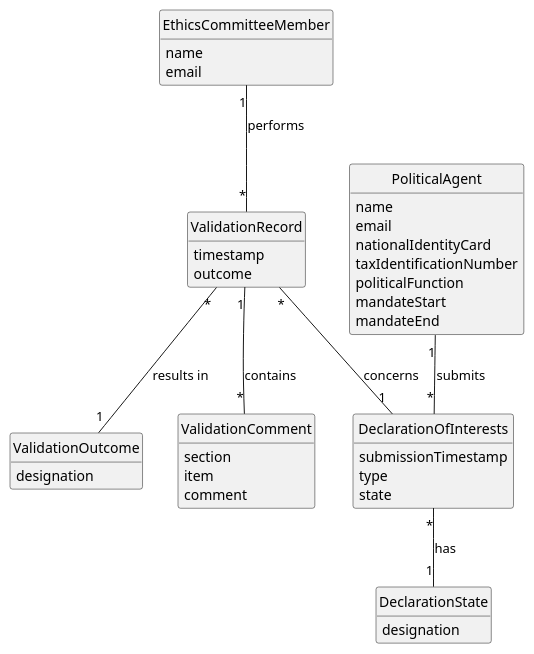
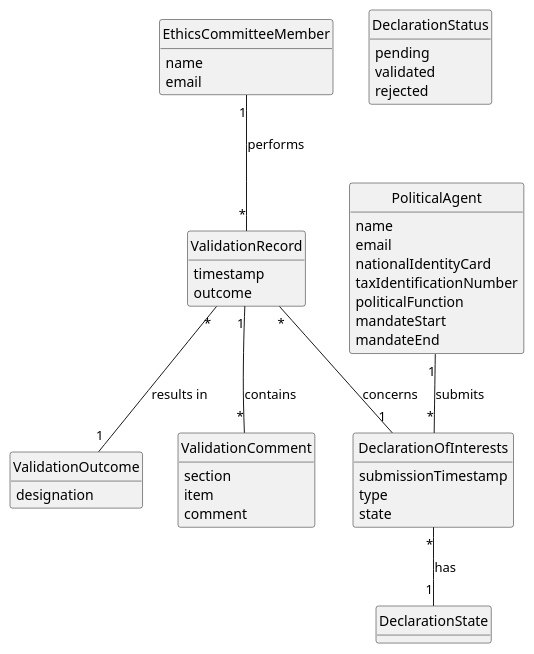
The diagram in docs/system-documentation/US08/02.analysis/puml/US08-DM.puml (brunodspinto/crystal-clear-platform), drawn with PlantUML before and after one commit. The commit also changed 3 other files, not shown here.

```diff
--- a/docs/system-documentation/US08/02.analysis/puml/US08-DM.puml
+++ b/docs/system-documentation/US08/02.analysis/puml/US08-DM.puml
@@ -1,63 +1,65 @@
 @startuml
 skinparam monochrome true
 skinparam packageStyle rectangle
 skinparam shadowing false
 
 skinparam classAttributeIconSize 0
 
 hide circle
 hide methods
 
 class EthicsCommitteeMember {
     name
     email
 }
 
 class DeclarationOfInterests {
     submissionTimestamp
     type
     state
 }
 
-class DeclarationState {
-    designation
+class DeclarationStatus {
+    pending
+        validated
+        rejected
 }
 
 class PoliticalAgent {
     name
     email
     nationalIdentityCard
     taxIdentificationNumber
     politicalFunction
     mandateStart
     mandateEnd
 }
 
 class ValidationRecord {
     timestamp
     outcome
 }
 
 class ValidationOutcome {
     designation
 }
 
 class ValidationComment {
     section
     item
     comment
 }
 
 PoliticalAgent "1" -- "*" DeclarationOfInterests : submits
 
 DeclarationOfInterests "*" -- "1" DeclarationState : has
 
 EthicsCommitteeMember "1" -- "*" ValidationRecord : performs
 
 ValidationRecord "*" -- "1" DeclarationOfInterests : concerns
 
 ValidationRecord "*" -- "1" ValidationOutcome : results in
 
 ValidationRecord "1" -- "*" ValidationComment : contains
 
 @enduml
```
